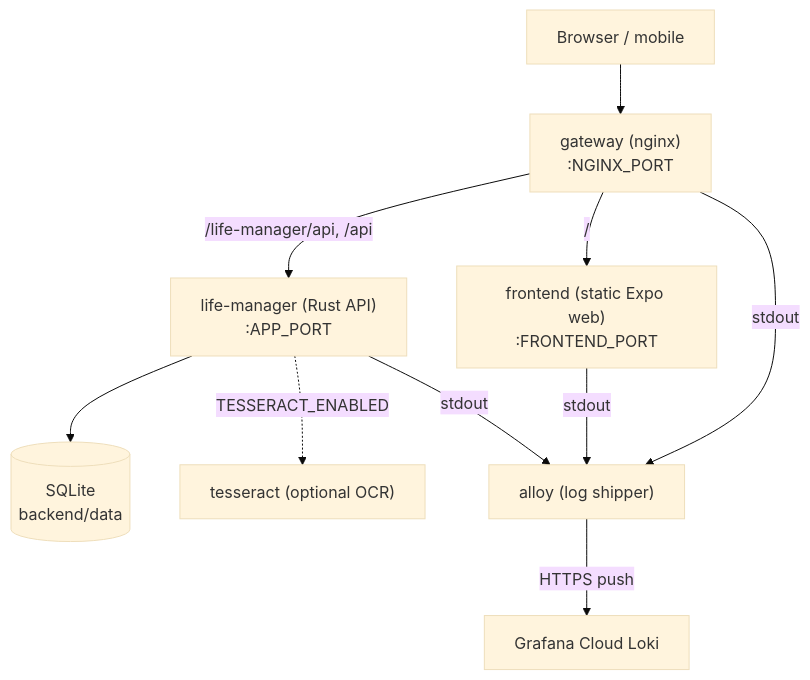
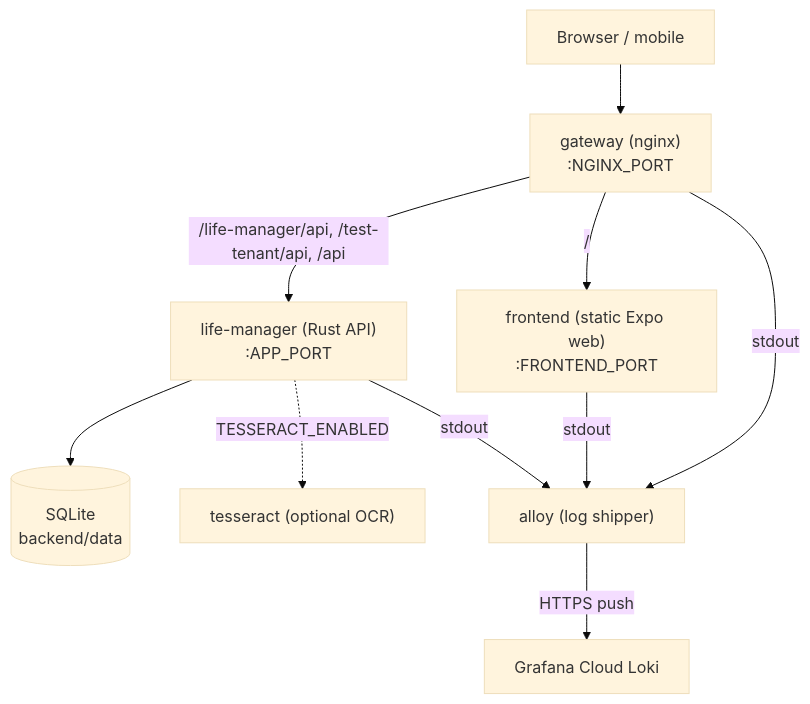
One commit to mikeyjay39/family-manager changed the third of 5 diagrams in docs/architecture.md. Above: the diagram before and after it, drawn with Mermaid (base theme). The commit also changed other lines of this file and 26 other files, not shown here.

````diff
--- a/docs/architecture.md
+++ b/docs/architecture.md
@@ -84,21 +97,21 @@
 ```mermaid
 flowchart TB
   browser["Browser / mobile"]
   gateway["gateway (nginx)\n:NGINX_PORT"]
   frontend["frontend (static Expo web)\n:FRONTEND_PORT"]
   api["life-manager (Rust API)\n:APP_PORT"]
   db[("SQLite\nbackend/data")]
   ocr["tesseract (optional OCR)"]
   alloy["alloy (log shipper)"]
   grafanaCloud["Grafana Cloud Loki"]
 
   browser --> gateway
   gateway -->|"/"| frontend
-  gateway -->|"/life-manager/api, /api"| api
+  gateway -->|"/life-manager/api, /test-tenant/api, /api"| api
   api --> db
   api -.->|"TESSERACT_ENABLED"| ocr
   gateway -->|"stdout"| alloy
   frontend -->|"stdout"| alloy
   api -->|"stdout"| alloy
   alloy -->|"HTTPS push"| grafanaCloud
 ```
````
